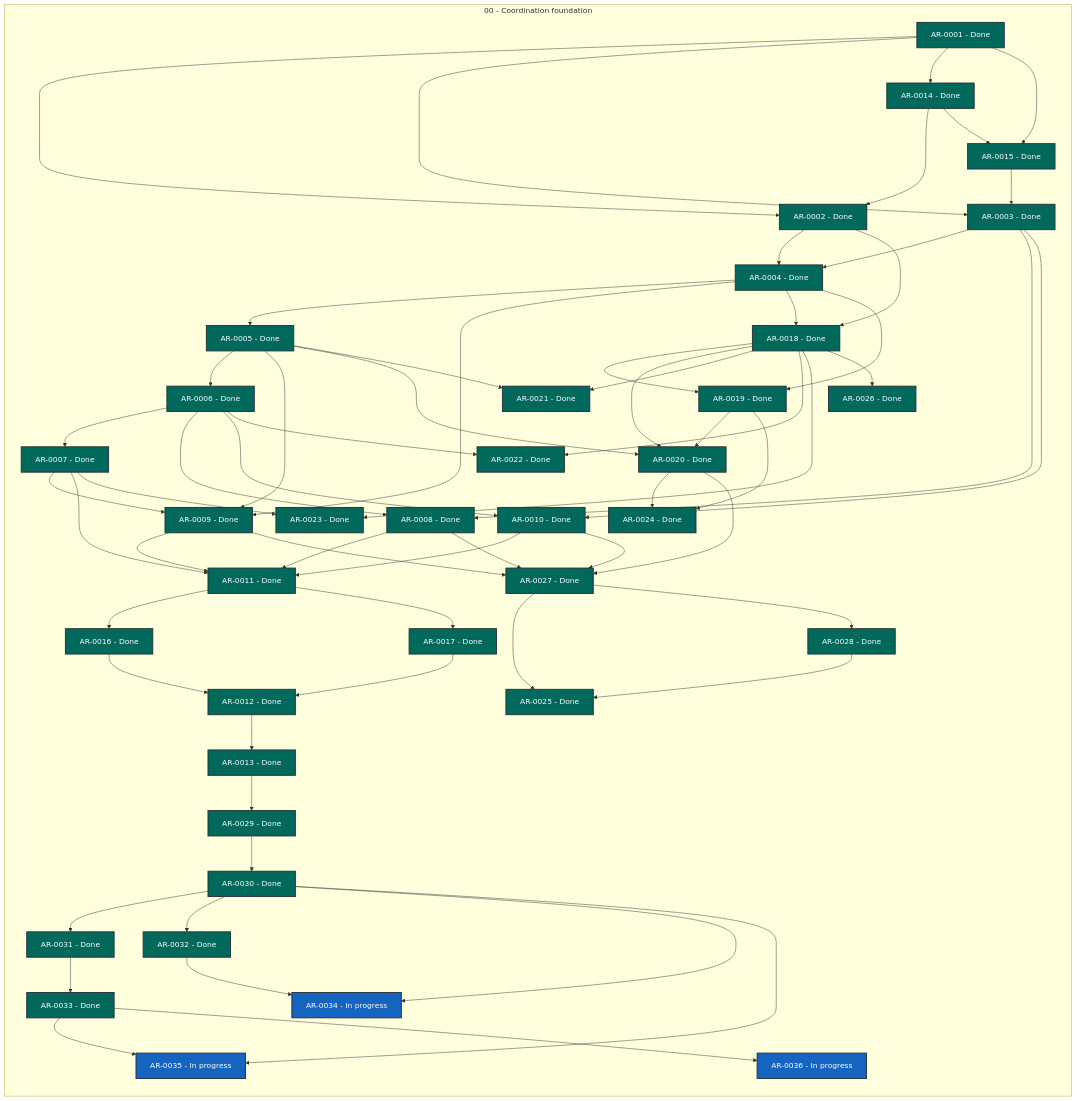
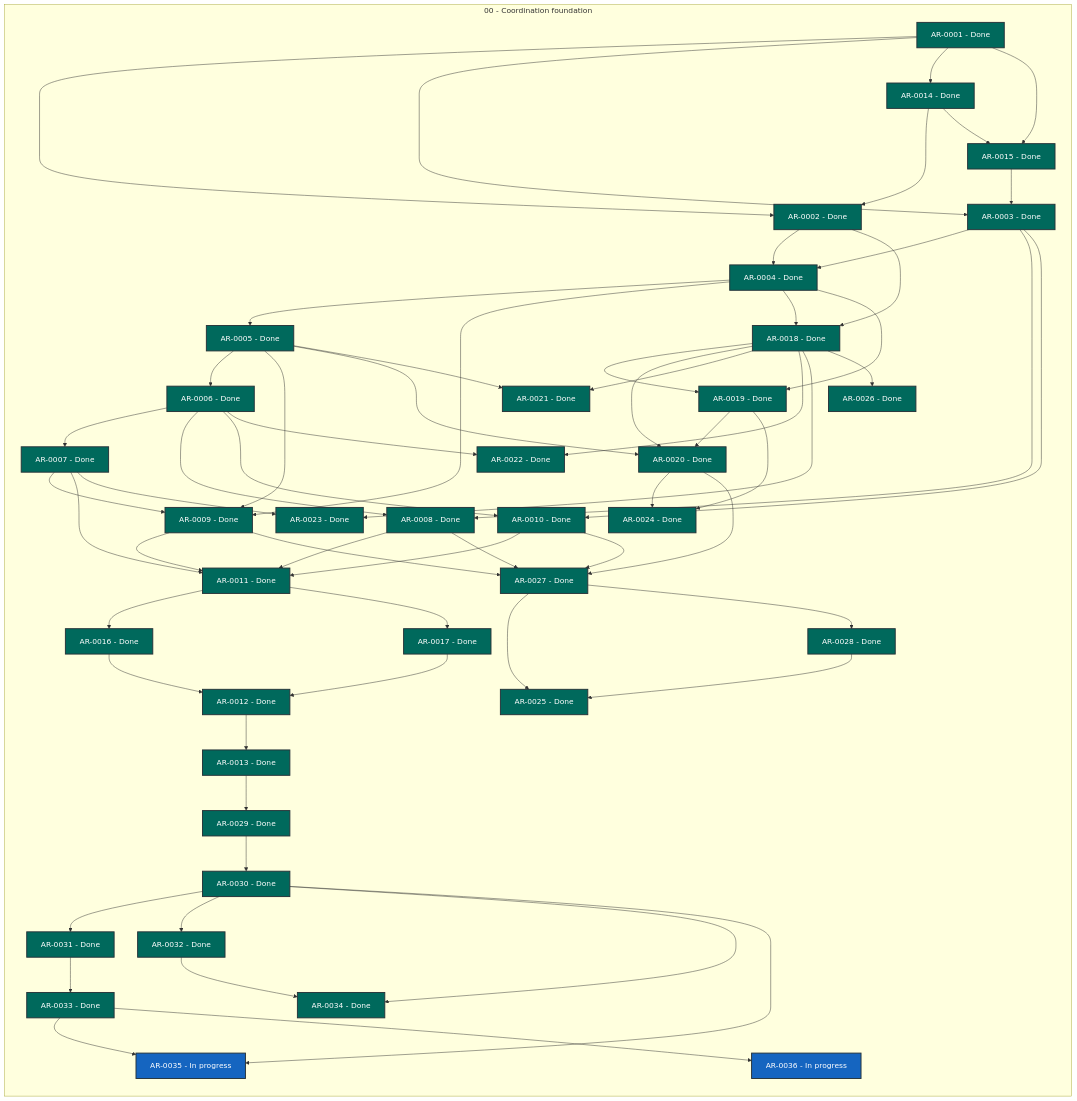
One commit to martin-beck/agent-workflow-tui-state changed the diagram in STATUS.md. Above: the diagram before and after it, drawn with Mermaid. The commit also changed other lines of this file and 2 other files, not shown here.

```diff
--- a/STATUS.md
+++ b/STATUS.md
@@ -61,7 +61,7 @@
         AR_0031["AR-0031 - Done"]:::status_done
         AR_0032["AR-0032 - Done"]:::status_done
         AR_0033["AR-0033 - Done"]:::status_done
-        AR_0034["AR-0034 - In progress"]:::status_in_progress
+        AR_0034["AR-0034 - Done"]:::status_done
         AR_0035["AR-0035 - In progress"]:::status_in_progress
         AR_0036["AR-0036 - In progress"]:::status_in_progress
     end
```
